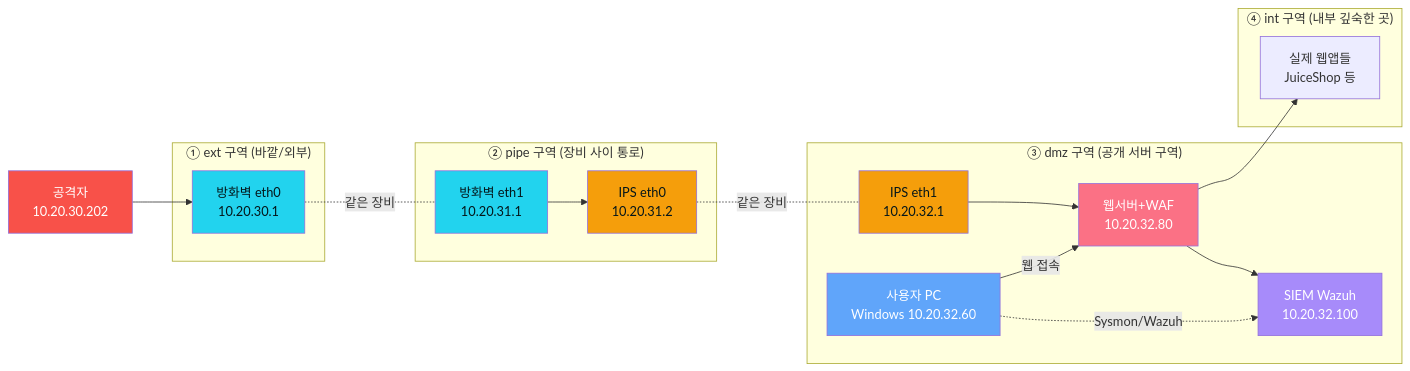
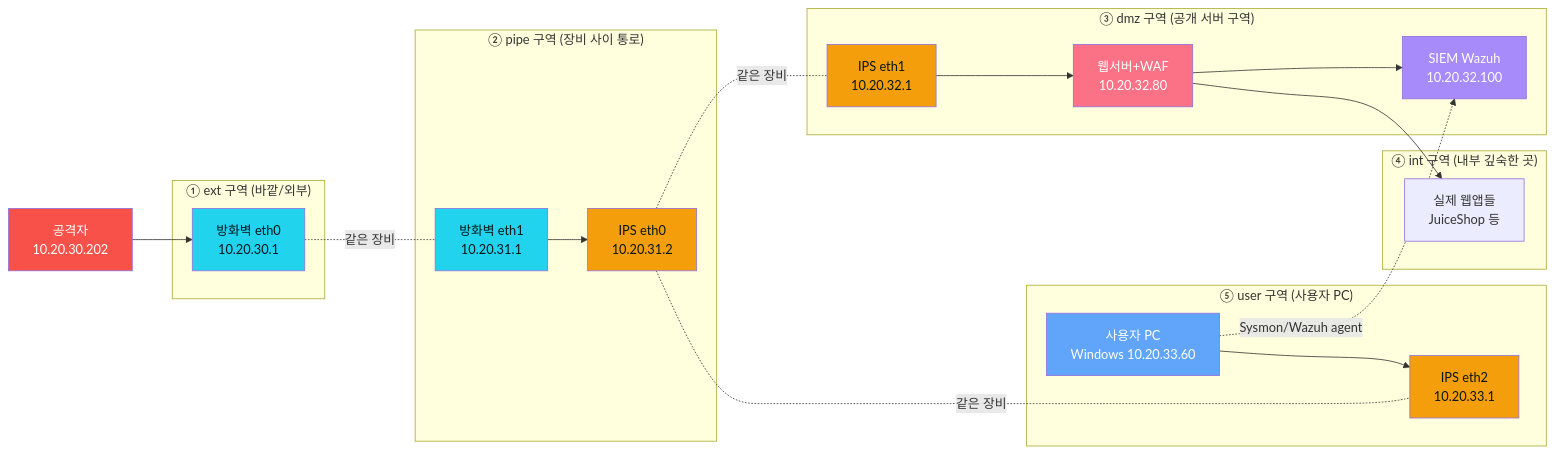
One commit to mrgrit/ccc changed the first of 4 diagrams in contents/standalone/lecture/secuops-easy/lecture_week01.md. Above: the diagram before and after it, drawn with Mermaid. The commit also changed other lines of this file and 7 other files, not shown here.

First line of the commit message:
docs(secuops-easy): user zone 10.20.33.60 으로 Windows 이동 + 학습 메시지 재작성

````diff
--- a/contents/standalone/lecture/secuops-easy/lecture_week01.md
+++ b/contents/standalone/lecture/secuops-easy/lecture_week01.md
@@ -69,37 +69,42 @@
 ```mermaid
 graph LR
     ATK[공격자<br/>10.20.30.202]
     subgraph EXT["① ext 구역 (바깥/외부)"]
         FW_E[방화벽 eth0<br/>10.20.30.1]
     end
     subgraph PIPE["② pipe 구역 (장비 사이 통로)"]
         FW_P[방화벽 eth1<br/>10.20.31.1]
         IPS_P[IPS eth0<br/>10.20.31.2]
     end
     subgraph DMZ["③ dmz 구역 (공개 서버 구역)"]
         IPS_D[IPS eth1<br/>10.20.32.1]
         WEB[웹서버+WAF<br/>10.20.32.80]
         SIEM[SIEM Wazuh<br/>10.20.32.100]
-        WIN[사용자 PC<br/>Windows 10.20.32.60]
     end
     subgraph INT["④ int 구역 (내부 깊숙한 곳)"]
         APP[실제 웹앱들<br/>JuiceShop 등]
+    end
+    subgraph USER["⑤ user 구역 (사용자 PC)"]
+        IPS_U[IPS eth2<br/>10.20.33.1]
+        WIN[사용자 PC<br/>Windows 10.20.33.60]
     end
     ATK --> FW_E
     FW_E -.같은 장비.- FW_P
     FW_P --> IPS_P
     IPS_P -.같은 장비.- IPS_D
+    IPS_P -.같은 장비.- IPS_U
     IPS_D --> WEB
     WEB --> APP
     WEB --> SIEM
-    WIN -->|웹 접속| WEB
-    WIN -.Sysmon/Wazuh.-> SIEM
+    WIN --> IPS_U
+    WIN -.Sysmon/Wazuh agent.-> SIEM
     style ATK fill:#f85149,color:#fff
     style FW_E fill:#22d3ee,color:#04161a
     style FW_P fill:#22d3ee,color:#04161a
     style IPS_P fill:#f59e0b,color:#04161a
     style IPS_D fill:#f59e0b,color:#04161a
+    style IPS_U fill:#f59e0b,color:#04161a
     style WEB fill:#fb7185,color:#fff
     style SIEM fill:#a78bfa,color:#fff
     style WIN fill:#60a5fa,color:#fff
 ```
````
